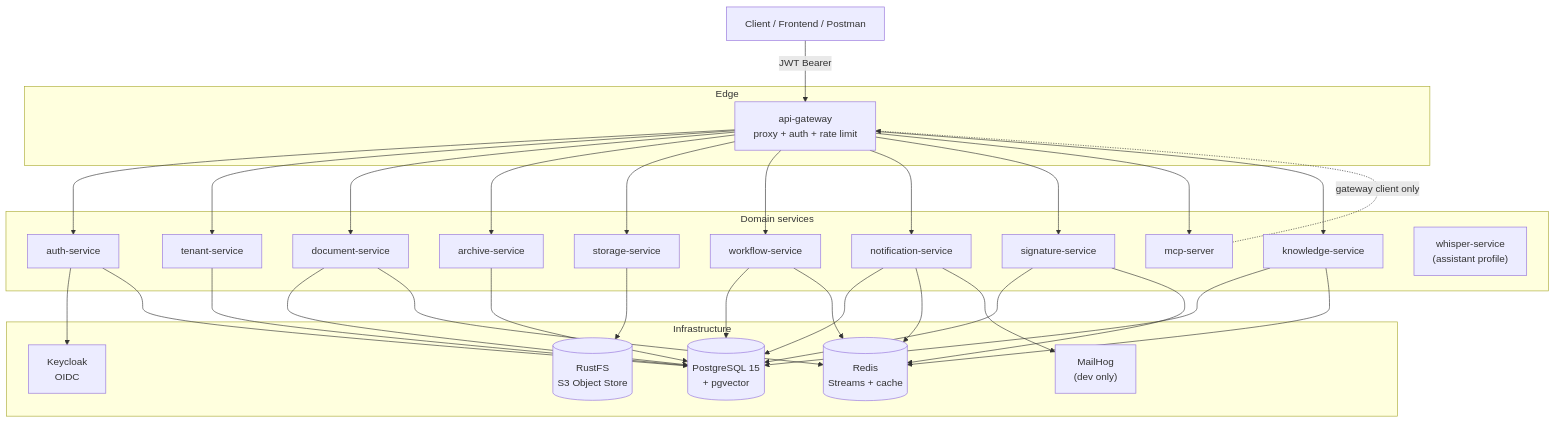
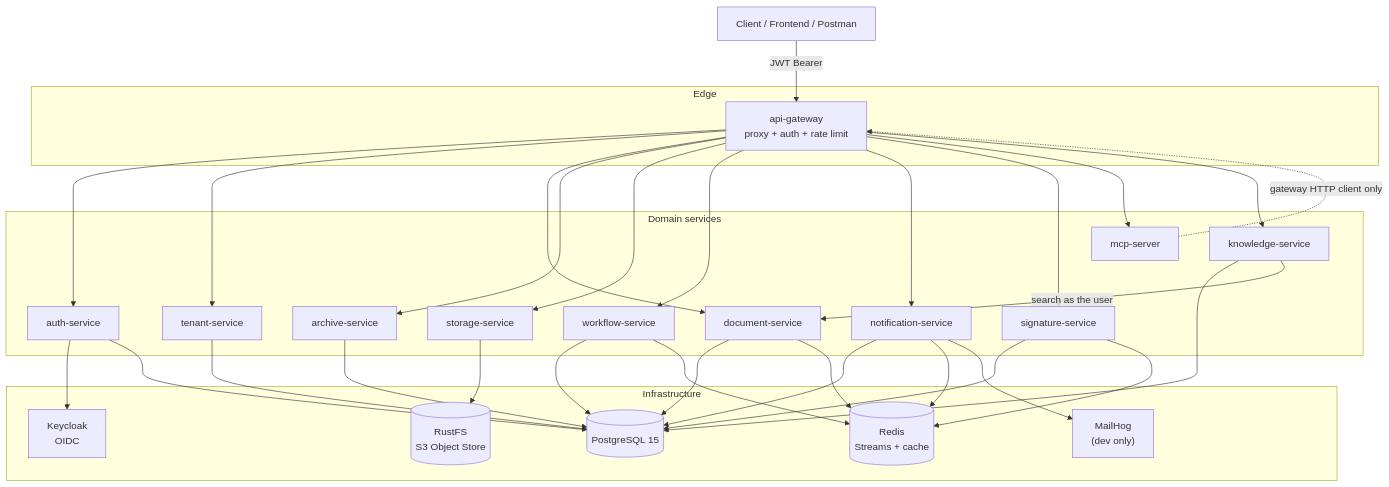
The first of 5 diagrams in docs/en/architecture.md (camilo1rp/docuboto), drawn with Mermaid before and after one commit. The commit also changed other lines of this file and 240 other files, not shown here.

First line of the commit message:
refactor(knowledge,mcp,gateway,tenant,infra,frontend)!: Fase D0 — conocimiento sin modelos y retiro del asistente integrado

````diff
--- a/docs/en/architecture.md
+++ b/docs/en/architecture.md
@@ -15,60 +15,59 @@
 ```mermaid
 graph TB
     Cliente["Client / Frontend / Postman"]
 
     subgraph edge["Edge"]
         GW["api-gateway<br/>proxy + auth + rate limit"]
     end
 
     subgraph core["Domain services"]
         AUTH["auth-service"]
         TEN["tenant-service"]
         DOC["document-service"]
         ARC["archive-service"]
         STO["storage-service"]
         WF["workflow-service"]
         NOT["notification-service"]
         SIG["signature-service"]
         MCP["mcp-server"]
         KNO["knowledge-service"]
-        WHI["whisper-service<br/>(assistant profile)"]
     end
 
     subgraph infra["Infrastructure"]
-        PG[("PostgreSQL 15<br/>+ pgvector")]
+        PG[("PostgreSQL 15")]
         REDIS[("Redis<br/>Streams + cache")]
         MINIO[("RustFS<br/>S3 Object Store")]
         KC["Keycloak<br/>OIDC"]
         MAIL["MailHog<br/>(dev only)"]
     end
 
     Cliente -->|JWT Bearer| GW
     GW --> AUTH
     GW --> TEN
     GW --> DOC
     GW --> ARC
     GW --> STO
     GW --> WF
     GW --> NOT
     GW --> SIG
     GW --> MCP
     GW --> KNO
 
     AUTH --> KC
     AUTH --> PG
     TEN --> PG
     DOC --> PG
     DOC --> REDIS
     ARC --> PG
     STO --> MINIO
     WF --> PG
     WF --> REDIS
     NOT --> PG
     NOT --> REDIS
     NOT --> MAIL
     SIG --> PG
     SIG --> REDIS
     KNO --> PG
-    KNO --> REDIS
-    MCP -.->|gateway client only| GW
+    KNO -->|search as the user| DOC
+    MCP -.->|gateway HTTP client only| GW
 ```
````
